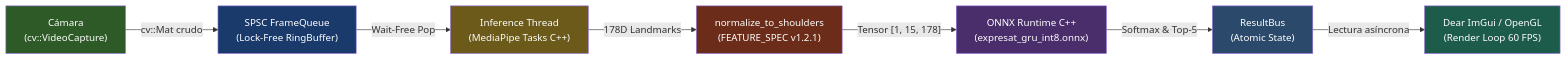
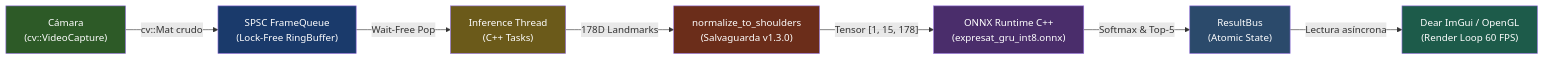
One commit to Salf423/expresat changed the third of 3 diagrams in Obsidian_exp/Flujo de datos.md. Above: the diagram before and after it, drawn with Mermaid. The commit also changed other lines of this file and 152 other files, not shown here.

````diff
--- a/Obsidian_exp/Flujo de datos.md
+++ b/Obsidian_exp/Flujo de datos.md
@@ -70,17 +102,17 @@
 ```mermaid
 flowchart LR
     A["Cámara\n(cv::VideoCapture)"] -->|"cv::Mat crudo"| B["SPSC FrameQueue\n(Lock-Free RingBuffer)"]
-    B -->|"Wait-Free Pop"| C["Inference Thread\n(MediaPipe Tasks C++)"]
-    C -->|"178D Landmarks"| D["normalize_to_shoulders\n(FEATURE_SPEC v1.2.1)"]
+    B -->|"Wait-Free Pop"| C["Inference Thread\n(C++ Tasks)"]
+    C -->|"178D Landmarks"| D["normalize_to_shoulders\n(Salvaguarda v1.3.0)"]
     D -->|"Tensor [1, 15, 178]"| E["ONNX Runtime C++\n(expresat_gru_int8.onnx)"]
     E -->|"Softmax & Top-5"| F["ResultBus\n(Atomic State)"]
     F -->|"Lectura asíncrona"| G["Dear ImGui / OpenGL\n(Render Loop 60 FPS)"]
 
     style A fill:#2d5a27,color:#fff
     style B fill:#1a3a6b,color:#fff
     style C fill:#6b5a1a,color:#fff
     style D fill:#6b2d1a,color:#fff
     style E fill:#4a2d6b,color:#fff
     style F fill:#2b4a6b,color:#fff
     style G fill:#1d5b4a,color:#fff
 ```
````
